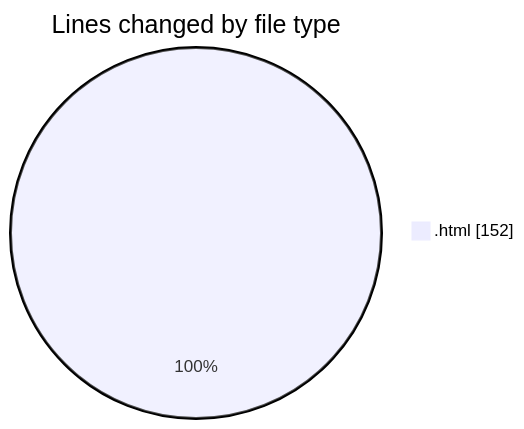
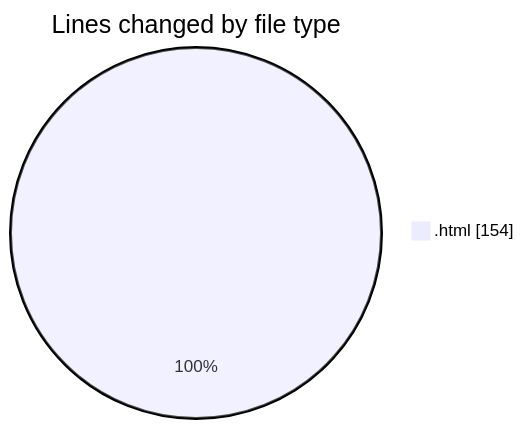
Before and after one commit to robertbonfada/code-tracking: the first of 2 diagrams in 2025-02-13/image-composer/README.md, drawn with Mermaid. The commit also changed other lines of this file and 1 other file, not shown here.

````diff
--- a/2025-02-13/image-composer/README.md
+++ b/2025-02-13/image-composer/README.md
@@ -20,5 +20,5 @@
 ```mermaid
 pie showData
 title Lines changed by file type
-".html" : 152
+".html" : 154
 ```
````
